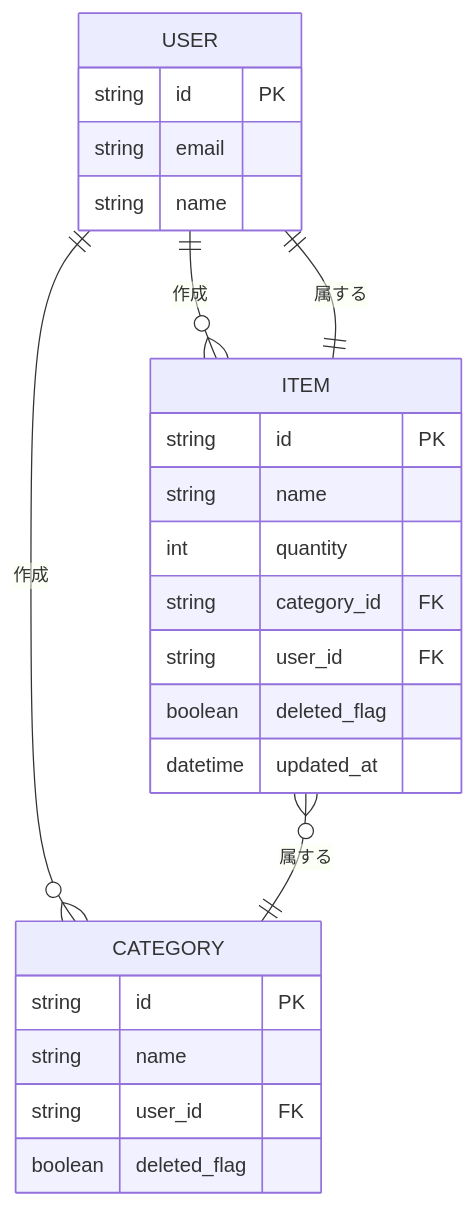
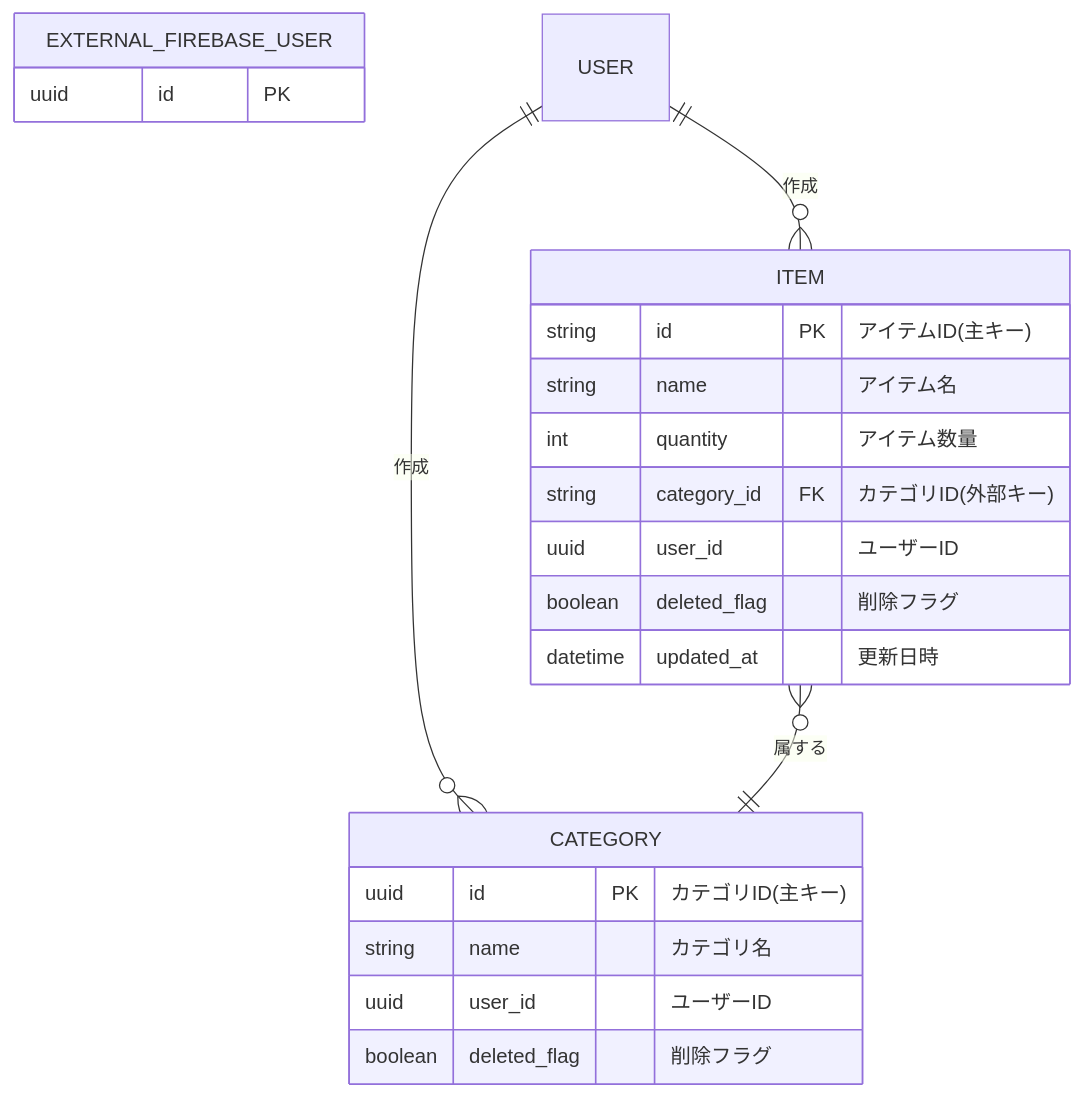
The diagram in app-info/er.md (ryk2025/inventory-java), drawn with Mermaid before and after one commit. The commit also changed other lines of this file and 1 other file, not shown here.

Commit message:
ER図とシーケンス図を修正

````diff
--- a/app-info/er.md
+++ b/app-info/er.md
@@ -3,30 +3,27 @@
 ```mermaid
 erDiagram
-    USER {
-        string id PK
-        string email
-        string name
-    }
+  EXTERNAL_FIREBASE_USER {
+    uuid id PK
+  }
 
     ITEM {
-        string id PK
-        string name
-        int quantity
-        string category_id FK
-        string user_id FK
-        boolean deleted_flag
-        datetime updated_at
+        string id PK "アイテムID(主キー)"
+        string name "アイテム名"
+        int quantity "アイテム数量"
+        string category_id FK "カテゴリID(外部キー)"
+        uuid user_id "ユーザーID"
+        boolean deleted_flag "削除フラグ"
+        datetime updated_at "更新日時"
     }
     
     CATEGORY {
-        string id PK
-        string name
-        string user_id FK
-        boolean deleted_flag
+        uuid id PK "カテゴリID(主キー)"
+        string name "カテゴリ名"
+        uuid user_id  "ユーザーID"
+        boolean deleted_flag "削除フラグ"
     }
 
     USER ||--o{ CATEGORY : "作成"
     USER ||--o{ ITEM : "作成"
-    ITEM ||--|| USER : "属する"
     ITEM }o--|| CATEGORY : "属する"
 ```
````
